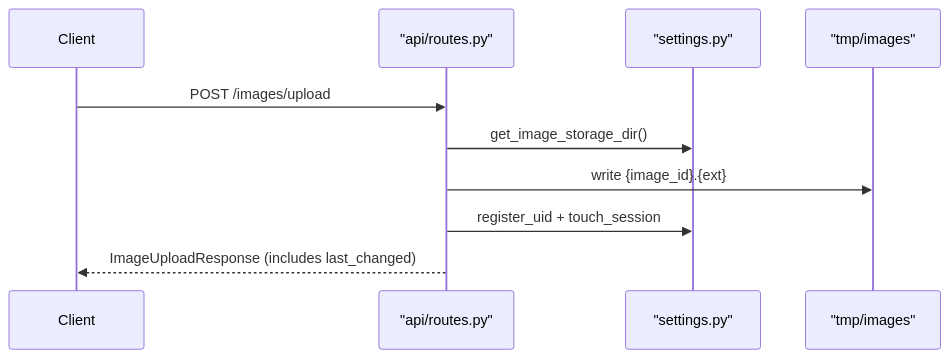
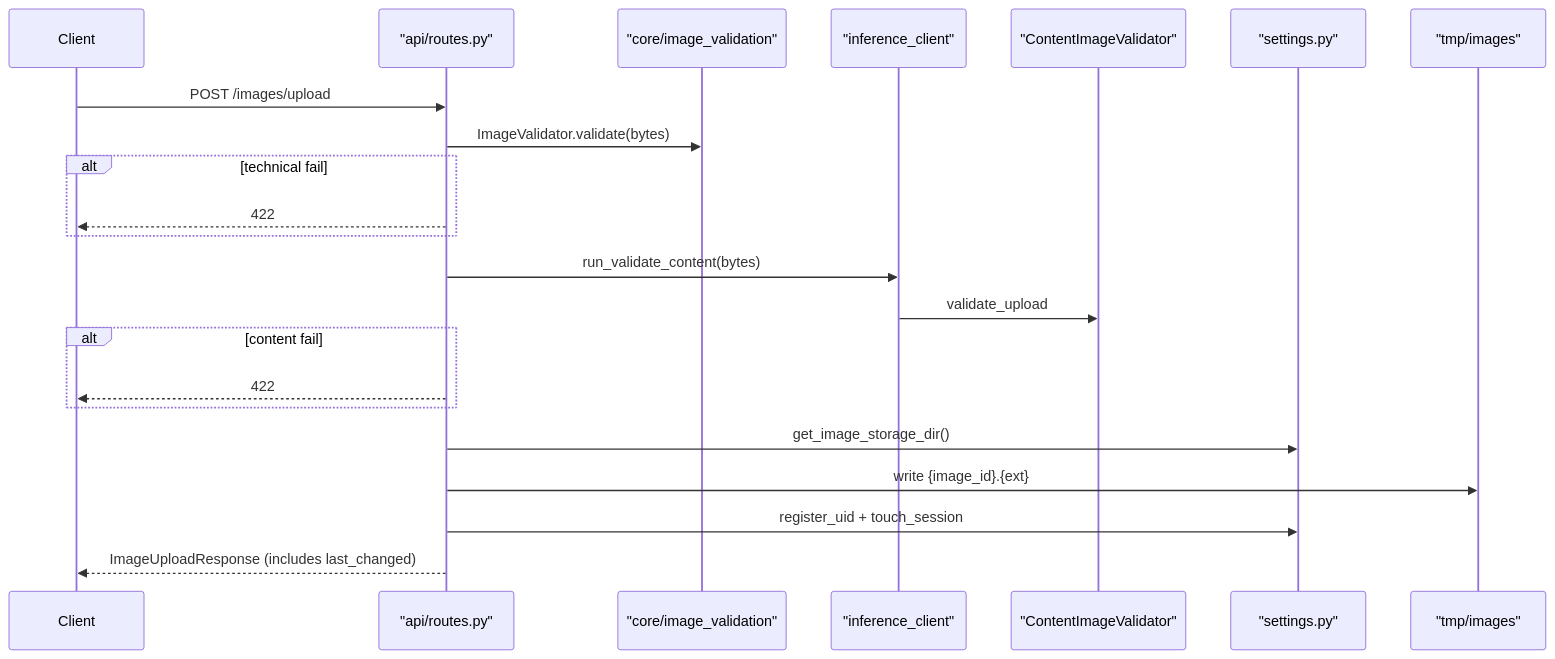
One commit to 1mache/avroom changed the first of 5 diagrams in docs/backend/data-flow.md. Above: the diagram before and after it, drawn with Mermaid. The commit also changed 35 other files, not shown here.

First line of the commit message:
Add two-stage upload validation before images are stored.

````diff
--- a/docs/backend/data-flow.md
+++ b/docs/backend/data-flow.md
@@ -7,13 +7,25 @@
 ```mermaid
 sequenceDiagram
     participant Client
     participant Router as "api/routes.py"
+    participant Tech as "core/image_validation"
+    participant Pool as "inference_client"
+    participant AI as "ContentImageValidator"
     participant Settings as "settings.py"
     participant Disk as "tmp/images"
 
     Client->>Router: POST /images/upload
+    Router->>Tech: ImageValidator.validate(bytes)
+    alt technical fail
+        Router-->>Client: 422
+    end
+    Router->>Pool: run_validate_content(bytes)
+    Pool->>AI: validate_upload
+    alt content fail
+        Router-->>Client: 422
+    end
     Router->>Settings: get_image_storage_dir()
     Router->>Disk: write {image_id}.{ext}
     Router->>Settings: register_uid + touch_session
     Router-->>Client: ImageUploadResponse (includes last_changed)
 ```
````
